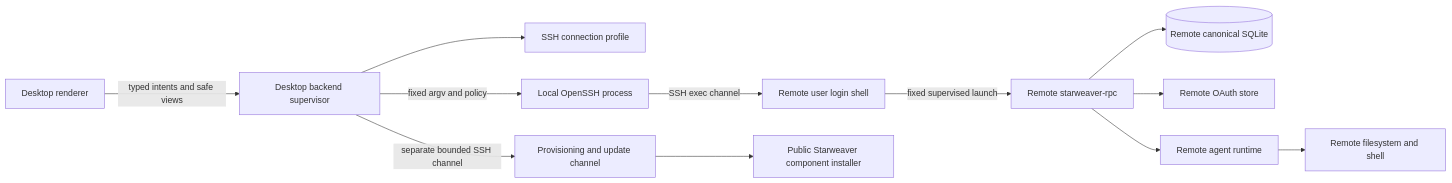
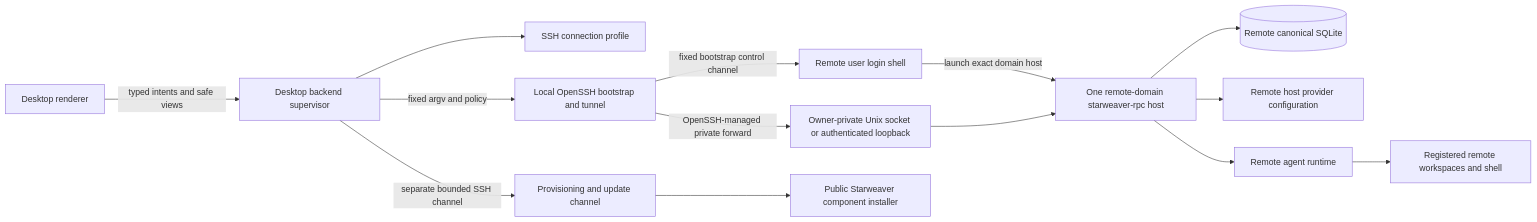
One commit to Wh1isper/starweaver changed the first of 2 diagrams in spec/desktop/07-ssh-remote-workspaces.md. Above: the diagram before and after it, drawn with Mermaid. The commit also changed other lines of this file and 98 other files, not shown here.

First line of the commit message:
feat(desktop): add domain host prerequisites (#90)

````diff
--- a/spec/desktop/07-ssh-remote-workspaces.md
+++ b/spec/desktop/07-ssh-remote-workspaces.md
@@ -55,27 +55,30 @@
 ```mermaid
 flowchart LR
     renderer[Desktop renderer]
     backend[Desktop backend supervisor]
     ssh_profile[SSH connection profile]
-    ssh_exec[Local OpenSSH process]
+    ssh_exec[Local OpenSSH bootstrap and tunnel]
     login[Remote user login shell]
-    rpc[Remote starweaver-rpc]
+    endpoint[Owner-private Unix socket or authenticated loopback]
+    rpc[One remote-domain starweaver-rpc host]
     db[(Remote canonical SQLite)]
-    oauth[Remote OAuth store]
+    provider[Remote host provider configuration]
     runtime[Remote agent runtime]
-    workspace[Remote filesystem and shell]
+    workspace[Registered remote workspaces and shell]
     provision[Provisioning and update channel]
     installer[Public Starweaver component installer]
 
     renderer -->|typed intents and safe views| backend
     backend --> ssh_profile
     backend -->|fixed argv and policy| ssh_exec
-    ssh_exec -->|SSH exec channel| login
-    login -->|fixed supervised launch| rpc
+    ssh_exec -->|fixed bootstrap control channel| login
+    login -->|launch exact domain host| rpc
+    ssh_exec -->|OpenSSH-managed private forward| endpoint
+    endpoint --> rpc
     backend -->|separate bounded SSH channel| provision
     provision --> installer
     rpc --> db
-    rpc --> oauth
+    rpc --> provider
     rpc --> runtime
     runtime --> workspace
 ```
````
